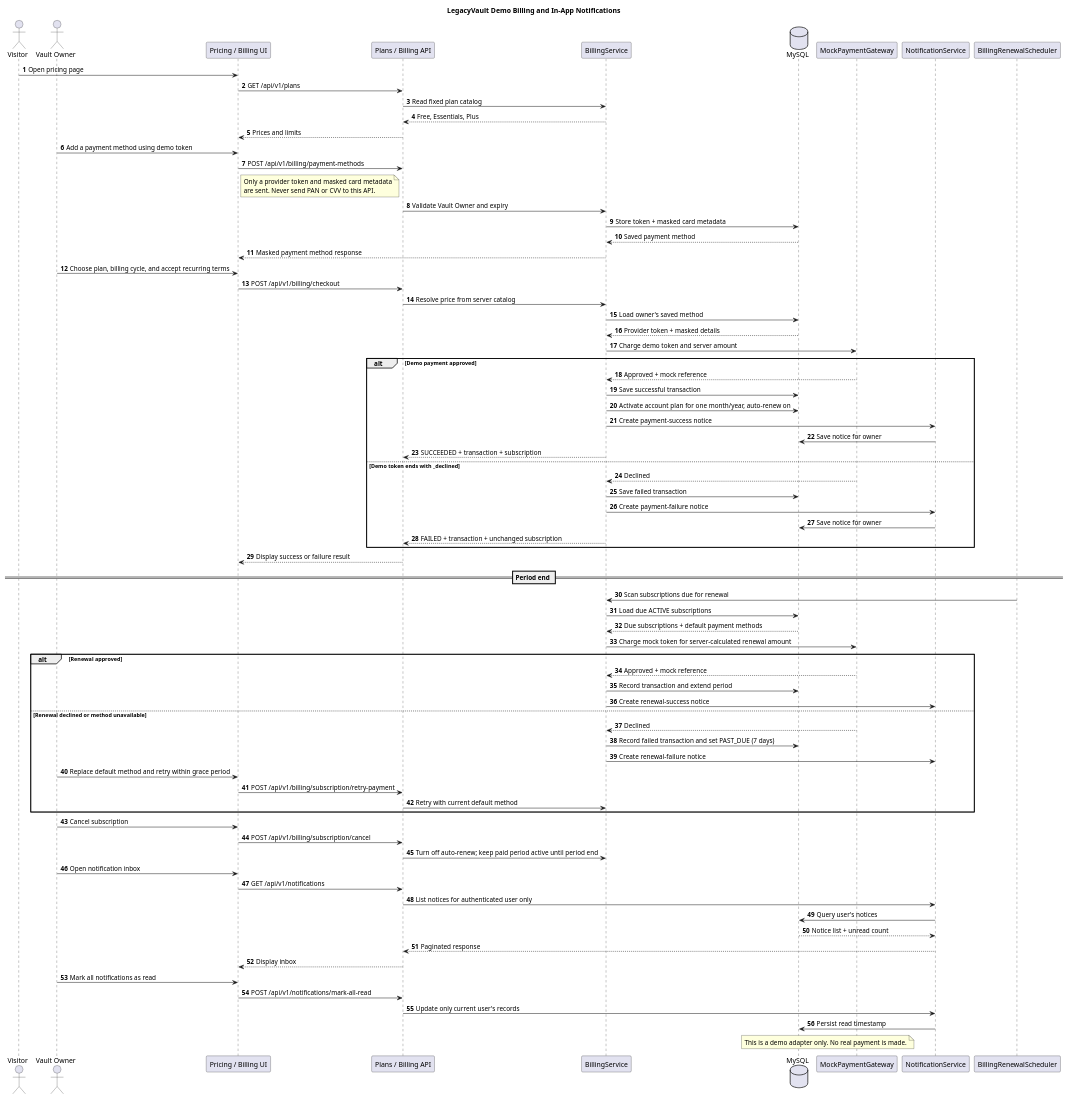
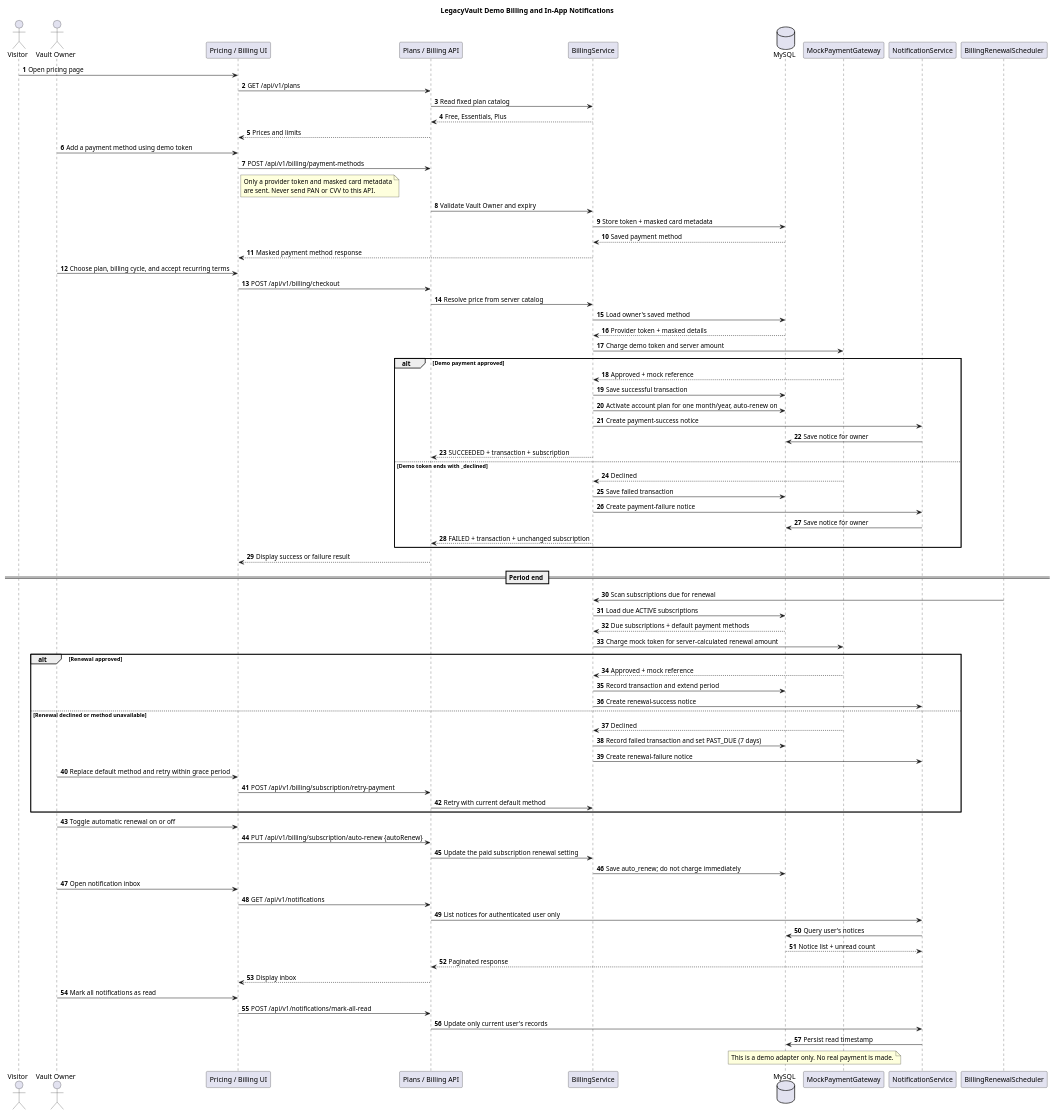
The diagram in docs/payment-notifications/payment-notifications.puml (KevinDuane09092005/SWP391_Team4_LegacyVault_Backend), drawn with PlantUML before and after one commit. The commit also changed 6 other files, not shown here.

Commit message:
Add subscription auto-renew control

```diff
--- a/docs/payment-notifications/payment-notifications.puml
+++ b/docs/payment-notifications/payment-notifications.puml
@@ -1,89 +1,90 @@
 @startuml
 title LegacyVault Demo Billing and In-App Notifications
 autonumber
 
 actor Visitor
 actor "Vault Owner" as Owner
 participant "Pricing / Billing UI" as UI
 participant "Plans / Billing API" as API
 participant "BillingService" as Service
 database "MySQL" as DB
 participant "MockPaymentGateway" as Gateway
 participant "NotificationService" as Notifications
 
 Visitor -> UI: Open pricing page
 UI -> API: GET /api/v1/plans
 API -> Service: Read fixed plan catalog
 Service --> API: Free, Essentials, Plus
 API --> UI: Prices and limits
 
 Owner -> UI: Add a payment method using demo token
 UI -> API: POST /api/v1/billing/payment-methods
 note right of UI
 Only a provider token and masked card metadata
 are sent. Never send PAN or CVV to this API.
 end note
 API -> Service: Validate Vault Owner and expiry
 Service -> DB: Store token + masked card metadata
 DB --> Service: Saved payment method
 Service --> UI: Masked payment method response
 
 Owner -> UI: Choose plan, billing cycle, and accept recurring terms
 UI -> API: POST /api/v1/billing/checkout
 API -> Service: Resolve price from server catalog
 Service -> DB: Load owner's saved method
 DB --> Service: Provider token + masked details
 Service -> Gateway: Charge demo token and server amount
 alt Demo payment approved
   Gateway --> Service: Approved + mock reference
   Service -> DB: Save successful transaction
   Service -> DB: Activate account plan for one month/year, auto-renew on
   Service -> Notifications: Create payment-success notice
   Notifications -> DB: Save notice for owner
   Service --> API: SUCCEEDED + transaction + subscription
 else Demo token ends with _declined
   Gateway --> Service: Declined
   Service -> DB: Save failed transaction
   Service -> Notifications: Create payment-failure notice
   Notifications -> DB: Save notice for owner
   Service --> API: FAILED + transaction + unchanged subscription
 end
 API --> UI: Display success or failure result
 
 == Period end ==
 BillingRenewalScheduler -> Service: Scan subscriptions due for renewal
 Service -> DB: Load due ACTIVE subscriptions
 DB --> Service: Due subscriptions + default payment methods
 Service -> Gateway: Charge mock token for server-calculated renewal amount
 alt Renewal approved
   Gateway --> Service: Approved + mock reference
   Service -> DB: Record transaction and extend period
   Service -> Notifications: Create renewal-success notice
 else Renewal declined or method unavailable
   Gateway --> Service: Declined
   Service -> DB: Record failed transaction and set PAST_DUE (7 days)
   Service -> Notifications: Create renewal-failure notice
   Owner -> UI: Replace default method and retry within grace period
   UI -> API: POST /api/v1/billing/subscription/retry-payment
   API -> Service: Retry with current default method
 end
-Owner -> UI: Cancel subscription
-UI -> API: POST /api/v1/billing/subscription/cancel
-API -> Service: Turn off auto-renew; keep paid period active until period end
+Owner -> UI: Toggle automatic renewal on or off
+UI -> API: PUT /api/v1/billing/subscription/auto-renew {autoRenew}
+API -> Service: Update the paid subscription renewal setting
+Service -> DB: Save auto_renew; do not charge immediately
 
 Owner -> UI: Open notification inbox
 UI -> API: GET /api/v1/notifications
 API -> Notifications: List notices for authenticated user only
 Notifications -> DB: Query user's notices
 DB --> Notifications: Notice list + unread count
 Notifications --> API: Paginated response
 API --> UI: Display inbox
 Owner -> UI: Mark all notifications as read
 UI -> API: POST /api/v1/notifications/mark-all-read
 API -> Notifications: Update only current user's records
 Notifications -> DB: Persist read timestamp
 
 note over Gateway,DB
 This is a demo adapter only. No real payment is made.
 end note
 @enduml
```
